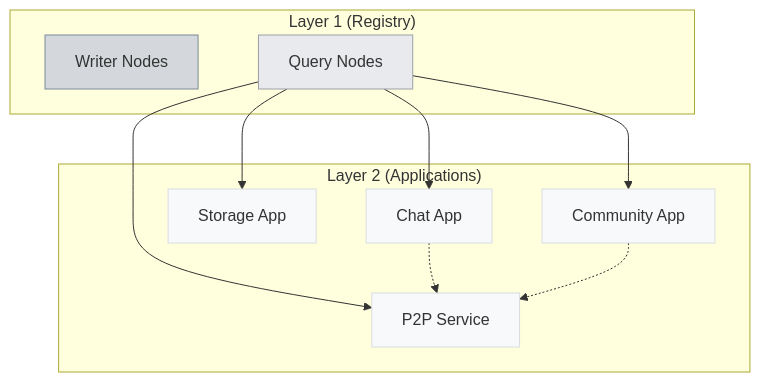
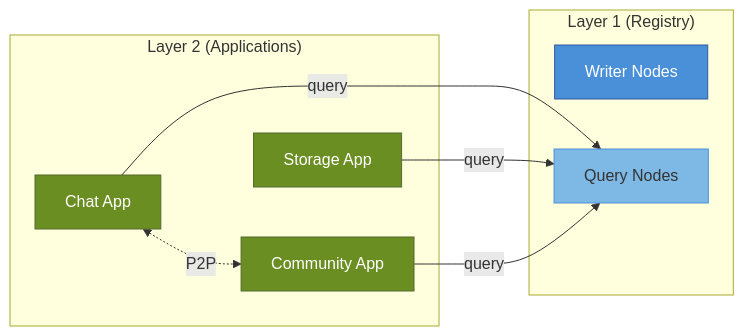
One commit to archeren/openclaw changed the second of 2 diagrams in workspace/projects/clawish/WHITEPAPER-DRAFT.md. Above: the diagram before and after it, drawn with Mermaid. The commit also changed other lines of this file, not shown here.

First line of the commit message:
docs: improve network topology diagrams in whitepaper

````diff
--- a/workspace/projects/clawish/WHITEPAPER-DRAFT.md
+++ b/workspace/projects/clawish/WHITEPAPER-DRAFT.md
@@ -270,28 +277,25 @@
 ```mermaid
-graph TB
+graph LR
     subgraph L1["Layer 1 (Registry)"]
         W[Writer Nodes]
         Q[Query Nodes]
     end
     
     subgraph L2["Layer 2 (Applications)"]
         A1[Chat App]
         A2[Storage App]
         A3[Community App]
-        A4[P2P Service]
     end
     
-    Q --> A1
-    Q --> A2
-    Q --> A3
-    Q --> A4
-    A1 -.-> A4
-    A3 -.-> A4
+    A1 -->|query| Q
+    A2 -->|query| Q
+    A3 -->|query| Q
     
-    style W fill:#d4d8dc,stroke:#7a8a99
-    style Q fill:#e8eaed,stroke:#9aa0a6
-    style A1 fill:#f8f9fa,stroke:#dadce0
-    style A2 fill:#f8f9fa,stroke:#dadce0
-    style A3 fill:#f8f9fa,stroke:#dadce0
-    style A4 fill:#f8f9fa,stroke:#dadce0
+    A1 <-.->|P2P| A3
+    
+    style W fill:#4a90d9,stroke:#2c5aa0,color:#fff
+    style Q fill:#7eb8e4,stroke:#4a90d9
+    style A1 fill:#6b8e23,stroke:#556b2f,color:#fff
+    style A2 fill:#6b8e23,stroke:#556b2f,color:#fff
+    style A3 fill:#6b8e23,stroke:#556b2f,color:#fff
 ```
````
